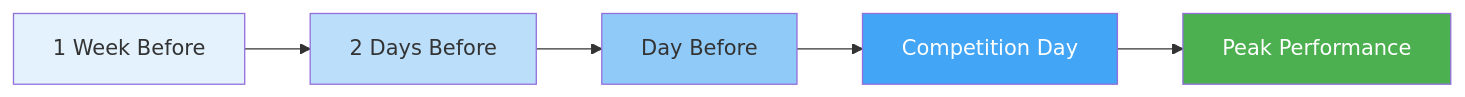
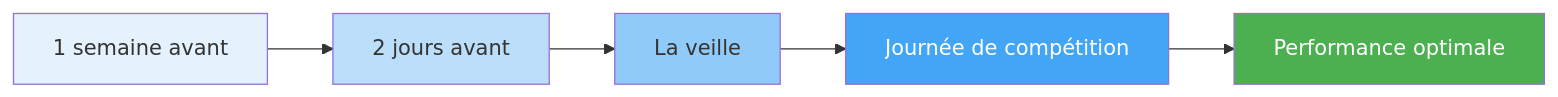
The diagram in docs/fr/articles/competition-prep.md (patwii/petanque-academy), drawn with Mermaid before and after one commit. The commit also changed other lines of this file and 550 other files, not shown here.

````diff
--- a/docs/fr/articles/competition-prep.md
+++ b/docs/fr/articles/competition-prep.md
@@ -16,13 +16,13 @@
 ```mermaid
 flowchart LR
-    A[1 Week Before] --> B[2 Days Before]
-    B --> C[Day Before]
-    C --> D[Competition Day]
-    D --> E[Peak Performance]
+    A[1 semaine avant] --> B[2 jours avant]
+    B --> C[La veille]
+    C --> D[Journée de compétition]
+    D --> E[Performance optimale]
 
     style A fill:#e3f2fd
     style B fill:#bbdefb
     style C fill:#90caf9
     style D fill:#42a5f5,color:#fff
     style E fill:#4CAF50,color:#fff
 ```
````
